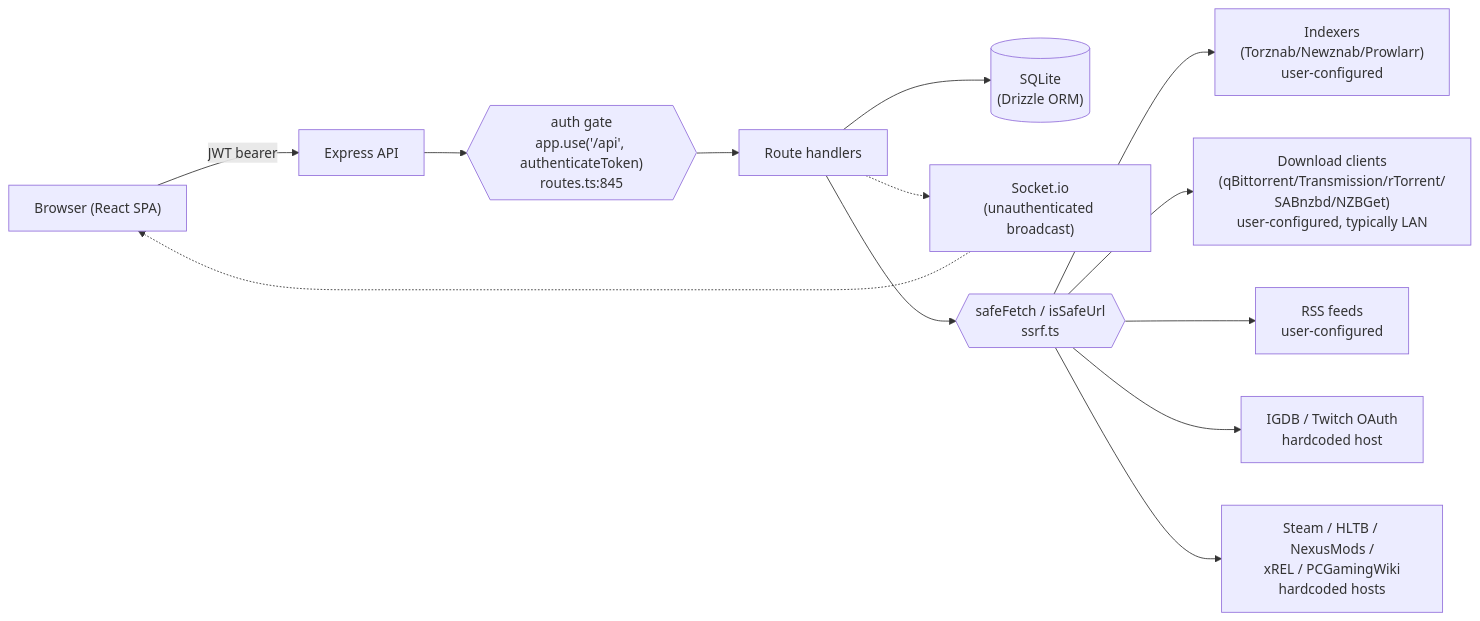
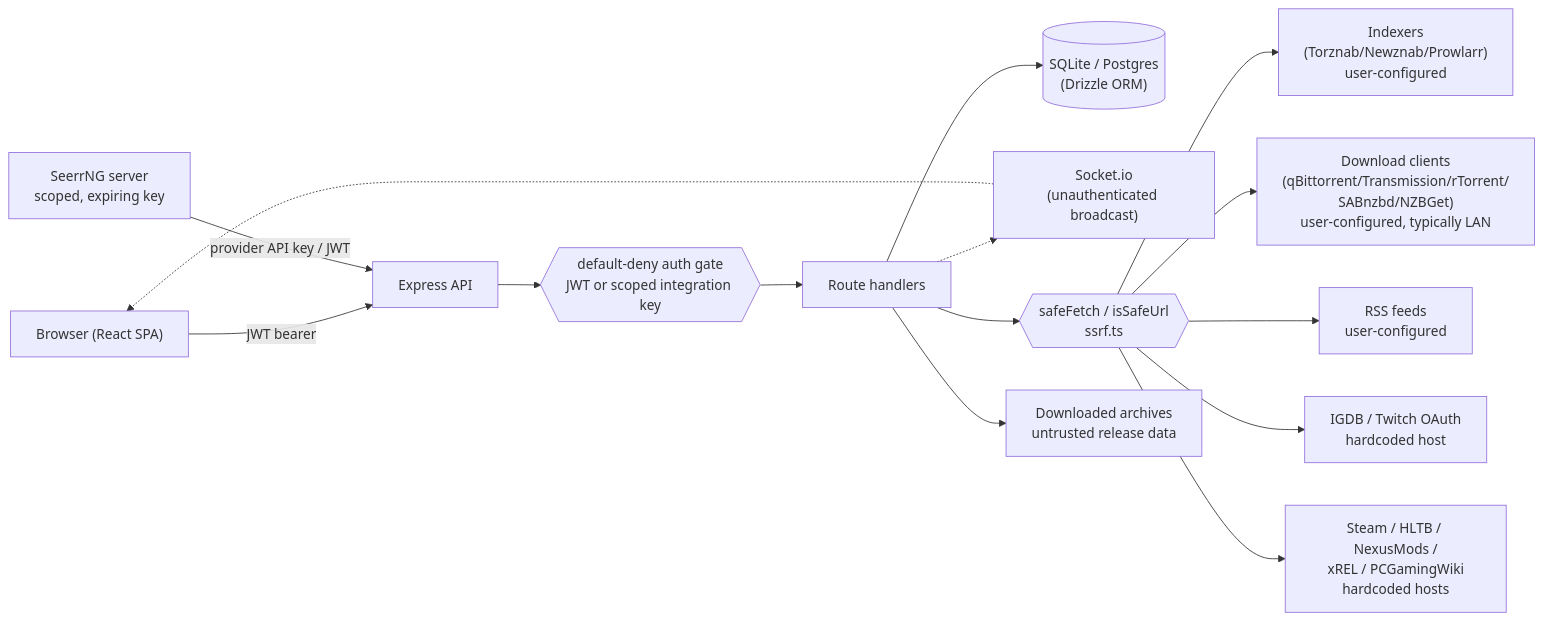
Before and after one commit to snapetech/QuestarrNG: the diagram in docs/THREAT_MODEL.md, drawn with Mermaid. The commit also changed other lines of this file and 1 other file, not shown here.

````diff
--- a/docs/THREAT_MODEL.md
+++ b/docs/THREAT_MODEL.md
@@ -37,22 +38,26 @@
 ```mermaid
 flowchart LR
     Browser["Browser (React SPA)"]
     API["Express API"]
-    Gate{{"auth gate\napp.use('/api', authenticateToken)\nroutes.ts:845"}}
+    Gate{{"default-deny auth gate\nJWT or scoped integration key"}}
     Handlers["Route handlers"]
-    DB[("SQLite\n(Drizzle ORM)")]
+    DB[("SQLite / Postgres\n(Drizzle ORM)")]
     Socket["Socket.io\n(unauthenticated broadcast)"]
     SSRF{{"safeFetch / isSafeUrl\nssrf.ts"}}
+    Seerr["SeerrNG server\nscoped, expiring key"]
+    Archives["Downloaded archives\nuntrusted release data"]
 
     Browser -- "JWT bearer" --> API
+    Seerr -- "provider API key / JWT" --> API
     API --> Gate --> Handlers
     Handlers --> DB
     Handlers -.-> Socket
     Socket -.-> Browser
     Handlers --> SSRF
     SSRF --> Indexers["Indexers\n(Torznab/Newznab/Prowlarr)\nuser-configured"]
     SSRF --> Downloaders["Download clients\n(qBittorrent/Transmission/rTorrent/\nSABnzbd/NZBGet)\nuser-configured, typically LAN"]
     SSRF --> RSS["RSS feeds\nuser-configured"]
     SSRF --> IGDB["IGDB / Twitch OAuth\nhardcoded host"]
     SSRF --> Steam["Steam / HLTB / NexusMods /\nxREL / PCGamingWiki\nhardcoded hosts"]
+    Handlers --> Archives
 ```
````
